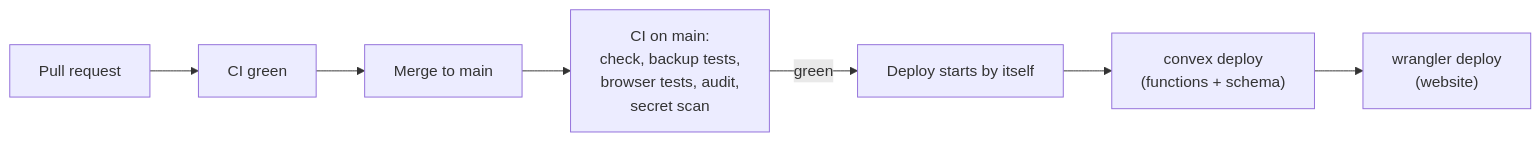
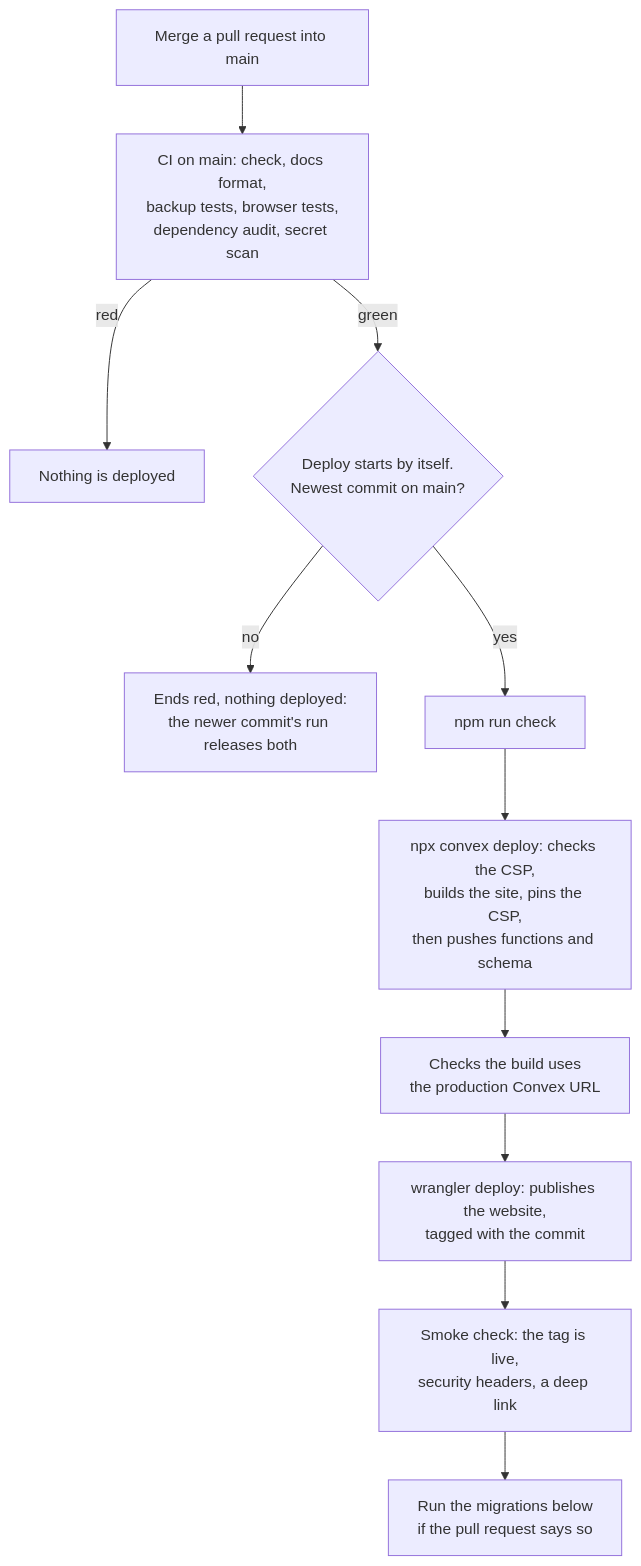
Before and after one commit to angelone-aviation/AO-aircraft-maintenance: the first of 2 diagrams in docs/handbook/3-running-it/operations.md, drawn with Mermaid. The commit also changed other lines of this file and 1 other file, not shown here.

First line of the commit message:
Bring operations and checklists up to the 20 Nov backup state

````diff
--- a/docs/handbook/3-running-it/operations.md
+++ b/docs/handbook/3-running-it/operations.md
@@ -22,9 +22,13 @@
 ```mermaid
-flowchart LR
-  PR["Pull request"] --> CI1["CI green"]
-  CI1 --> Merge["Merge to main"]
-  Merge --> CI2["CI on main:<br/>check, backup tests,<br/>browser tests, audit,<br/>secret scan"]
-  CI2 -->|green| Deploy["Deploy starts by itself"]
-  Deploy --> Convex["convex deploy<br/>(functions + schema)"]
-  Convex --> Site["wrangler deploy<br/>(website)"]
+flowchart TD
+  Merge["Merge a pull request into main"] --> CI["CI on main: check, docs format,<br/>backup tests, browser tests,<br/>dependency audit, secret scan"]
+  CI -->|red| NoDeploy["Nothing is deployed"]
+  CI -->|green| Newest{"Deploy starts by itself.<br/>Newest commit on main?"}
+  Newest -->|no| Older["Ends red, nothing deployed:<br/>the newer commit's run releases both"]
+  Newest -->|yes| Check["npm run check"]
+  Check --> Convex["npx convex deploy: checks the CSP,<br/>builds the site, pins the CSP,<br/>then pushes functions and schema"]
+  Convex --> Verify["Checks the build uses<br/>the production Convex URL"]
+  Verify --> Publish["wrangler deploy: publishes the website,<br/>tagged with the commit"]
+  Publish --> Smoke["Smoke check: the tag is live,<br/>security headers, a deep link"]
+  Smoke --> Migrate["Run the migrations below<br/>if the pull request says so"]
 ```
````
